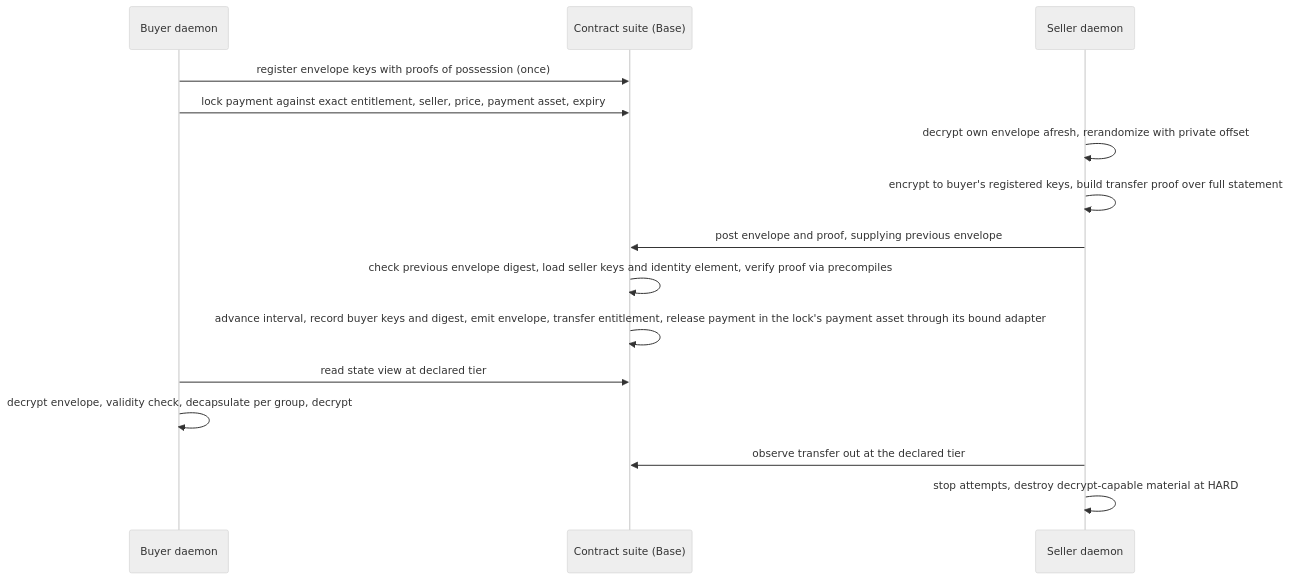
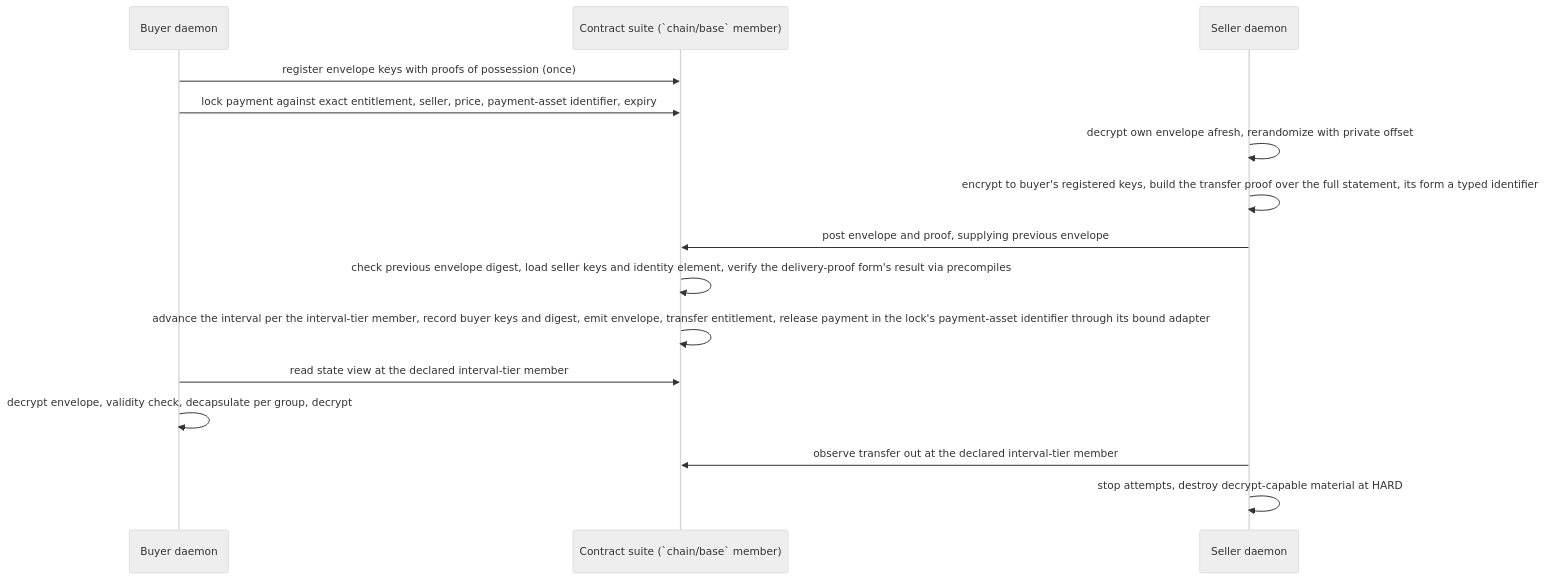
One commit to tsylvester/chaintorrent changed the third of 4 diagrams in docs/project-planning/system-architecture.md. Above: the diagram before and after it, drawn with Mermaid (neutral theme). The commit also changed other lines of this file and 15 other files, not shown here.

Commit message:
Family identifier and admissions correction - Complete planning document set & verify

````diff
--- a/docs/project-planning/system-architecture.md
+++ b/docs/project-planning/system-architecture.md
@@ -308,17 +312,17 @@
 ```mermaid
 sequenceDiagram
     participant B as Buyer daemon
-    participant C as Contract suite (Base)
+    participant C as Contract suite (`chain/base` member)
     participant S as Seller daemon
     B->>C: register envelope keys with proofs of possession (once)
-    B->>C: lock payment against exact entitlement, seller, price, payment asset, expiry
+    B->>C: lock payment against exact entitlement, seller, price, payment-asset identifier, expiry
     S->>S: decrypt own envelope afresh, rerandomize with private offset
-    S->>S: encrypt to buyer's registered keys, build transfer proof over full statement
+    S->>S: encrypt to buyer's registered keys, build the transfer proof over the full statement, its form a typed identifier
     S->>C: post envelope and proof, supplying previous envelope
-    C->>C: check previous envelope digest, load seller keys and identity element, verify proof via precompiles
-    C->>C: advance interval, record buyer keys and digest, emit envelope, transfer entitlement, release payment in the lock's payment asset through its bound adapter
-    B->>C: read state view at declared tier
+    C->>C: check previous envelope digest, load seller keys and identity element, verify the delivery-proof form's result via precompiles
+    C->>C: advance the interval per the interval-tier member, record buyer keys and digest, emit envelope, transfer entitlement, release payment in the lock's payment-asset identifier through its bound adapter
+    B->>C: read state view at the declared interval-tier member
     B->>B: decrypt envelope, validity check, decapsulate per group, decrypt
-    S->>C: observe transfer out at the declared tier
+    S->>C: observe transfer out at the declared interval-tier member
     S->>S: stop attempts, destroy decrypt-capable material at HARD
 ```
````
